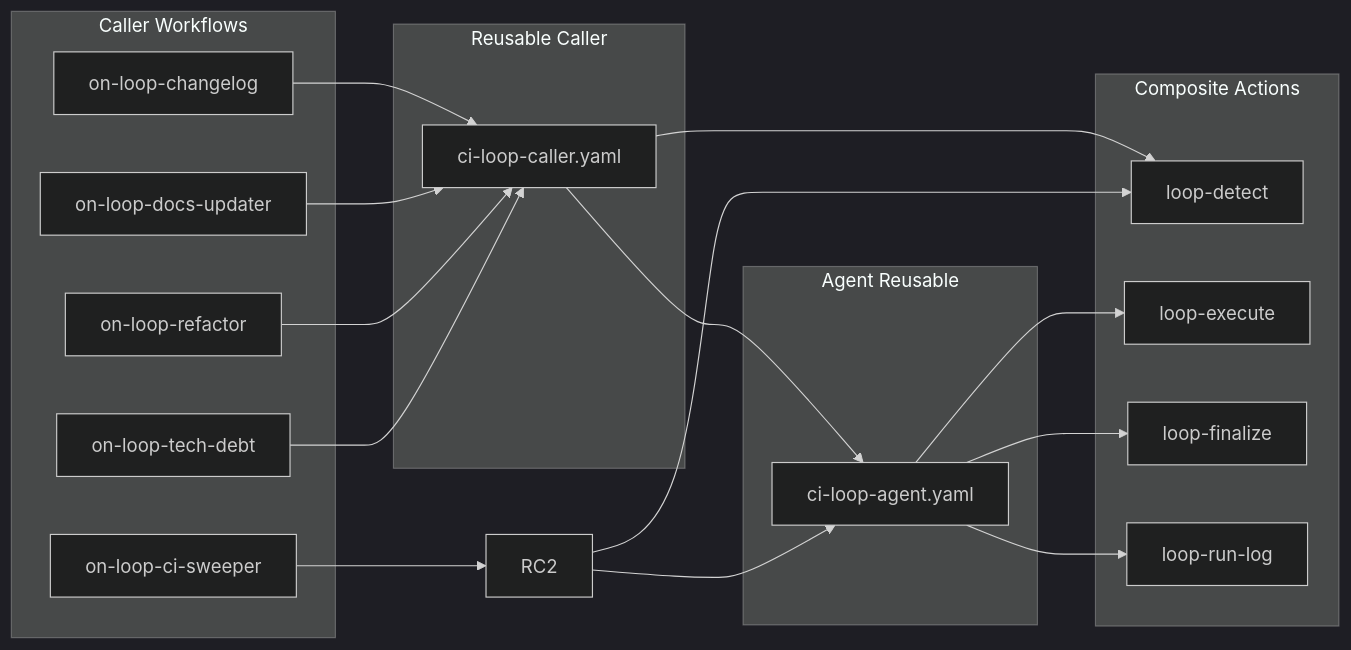
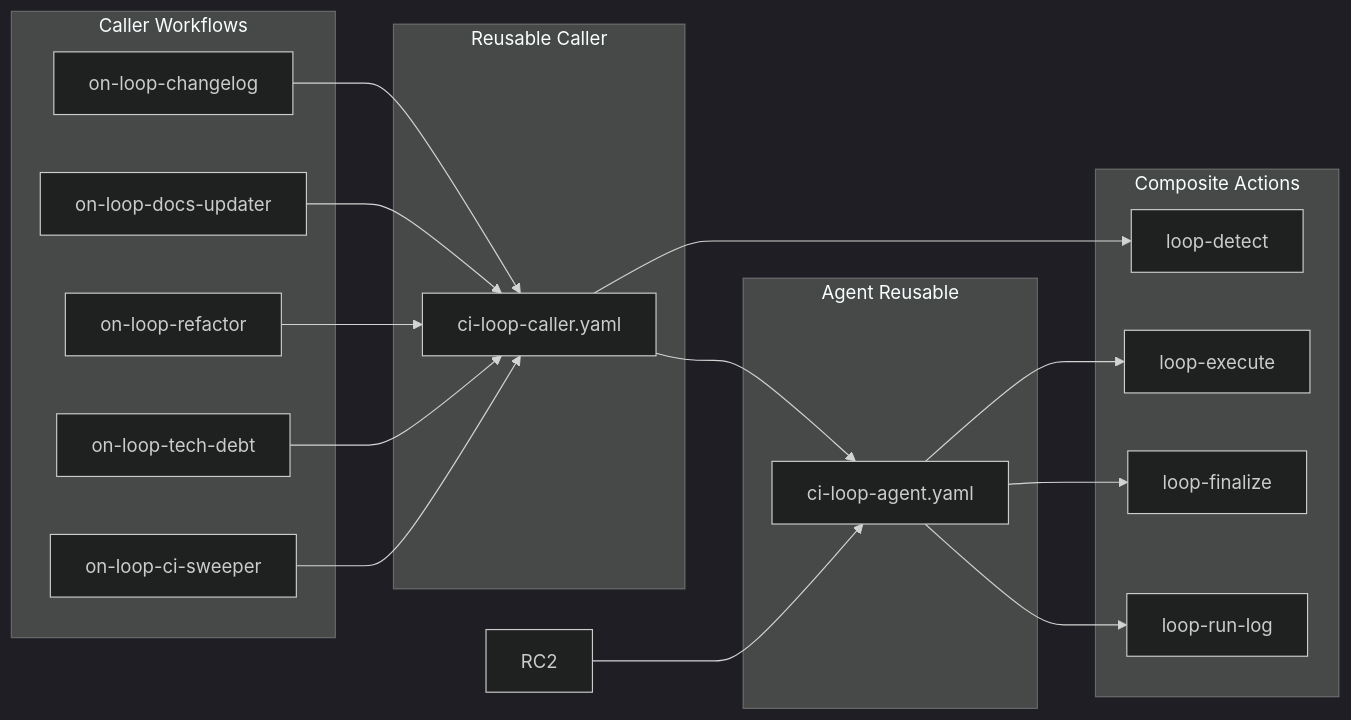
The second of 3 diagrams in docs/explanation/loop-engineering/loop-engineering-design.md (y-miyazaki/config), drawn with Mermaid (dark theme) before and after one commit. The commit also changed other lines of this file and 2 other files, not shown here.

````diff
--- a/docs/explanation/loop-engineering/loop-engineering-design.md
+++ b/docs/explanation/loop-engineering/loop-engineering-design.md
@@ -273,38 +273,37 @@
 ```mermaid
 graph LR
     subgraph callers["Caller Workflows"]
         CW1[on-loop-changelog]
         CW2[on-loop-docs-updater]
         CW3[on-loop-ci-sweeper]
         CW4[on-loop-refactor]
         CW5[on-loop-tech-debt]
     end
 
     subgraph caller_reusable["Reusable Caller"]
         RC1[ci-loop-caller.yaml]
     end
 
     subgraph agent_reusable["Agent Reusable"]
         RW1[ci-loop-agent.yaml]
     end
 
     subgraph actions["Composite Actions"]
         CA0[loop-detect]
         CA2[loop-execute]
         CA3[loop-finalize]
         CA10[loop-run-log]
     end
 
     CW1 --> RC1
     CW2 --> RC1
     CW4 --> RC1
     CW5 --> RC1
-    CW3 --> RC2
+    CW3 --> RC1
     RC1 --> CA0
-    RC2 --> CA0
     RC1 --> RW1
     RC2 --> RW1
     RW1 --> CA2
     RW1 --> CA3
     RW1 --> CA10
 ```
````
